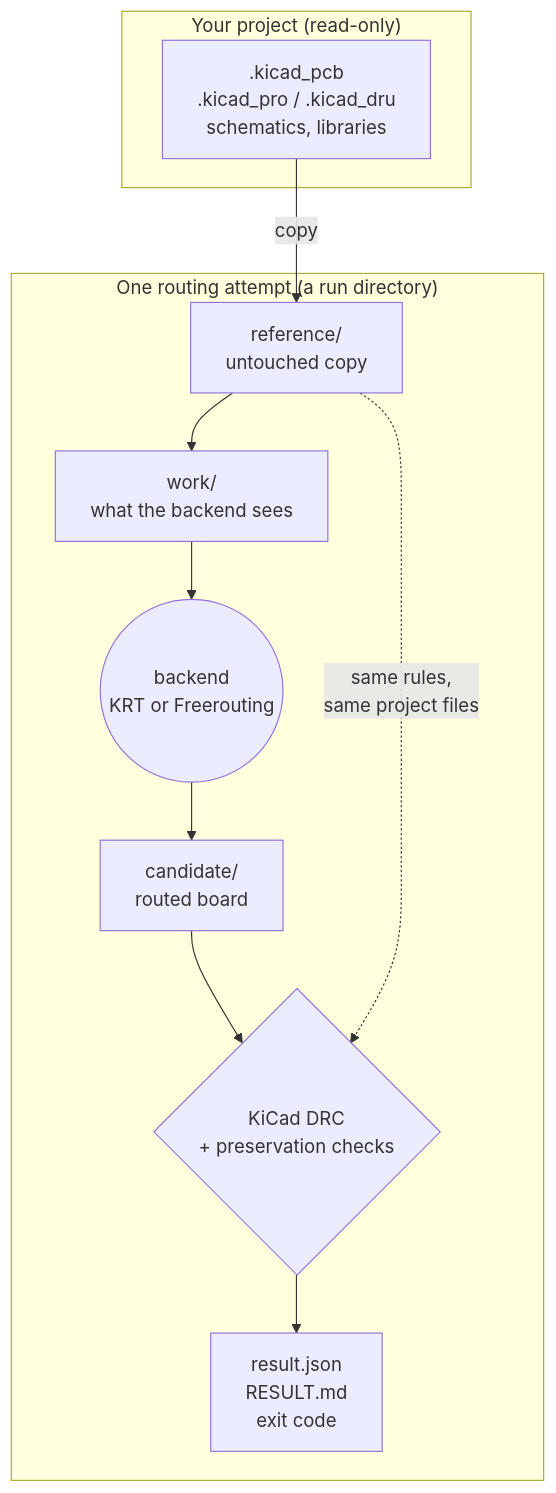
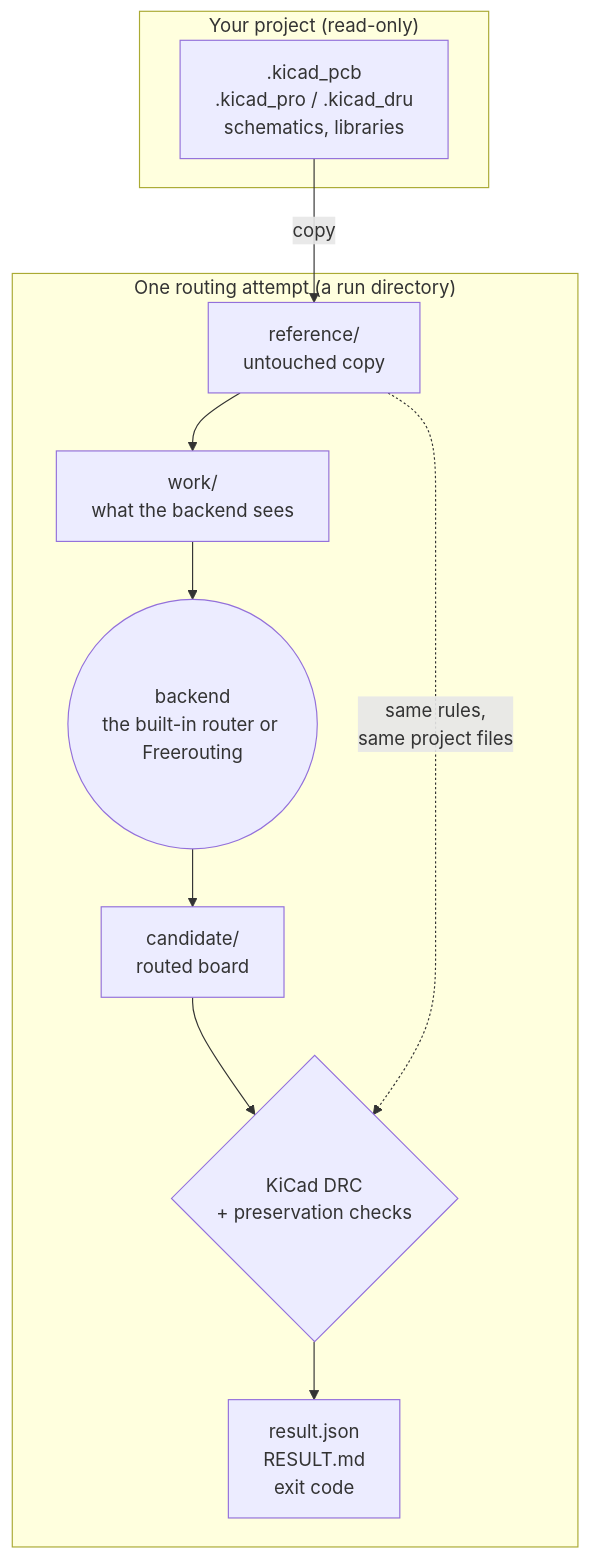
Before and after one commit to halbritt/kicad-route: the first of 2 diagrams in docs/guide/overview.md, drawn with Mermaid. The commit also changed other lines of this file and 44 other files, not shown here.

````diff
--- a/docs/guide/overview.md
+++ b/docs/guide/overview.md
@@ -15,17 +15,17 @@
 ```mermaid
 flowchart TB
     subgraph yours["Your project (read-only)"]
         PCB[".kicad_pcb<br/>.kicad_pro / .kicad_dru<br/>schematics, libraries"]
     end
     subgraph run["One routing attempt (a run directory)"]
         REF["reference/<br/>untouched copy"]
         WORK["work/<br/>what the backend sees"]
-        BE(("backend<br/>KRT or Freerouting"))
+        BE(("backend<br/>the built-in router or Freerouting"))
         CAND["candidate/<br/>routed board"]
         GRADE{"KiCad DRC<br/>+ preservation checks"}
         RES["result.json<br/>RESULT.md<br/>exit code"]
     end
     PCB -- "copy" --> REF
     REF --> WORK --> BE --> CAND --> GRADE --> RES
     REF -. "same rules,<br/>same project files" .-> GRADE
 ```
````
